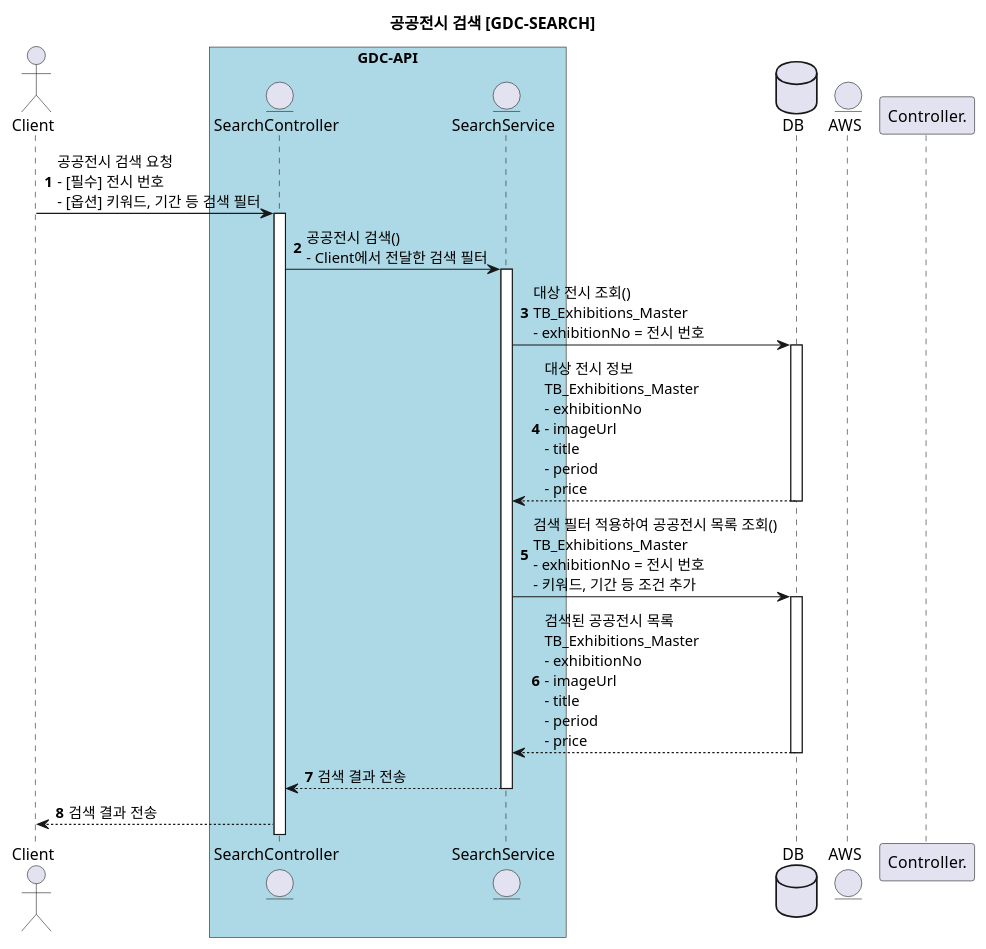
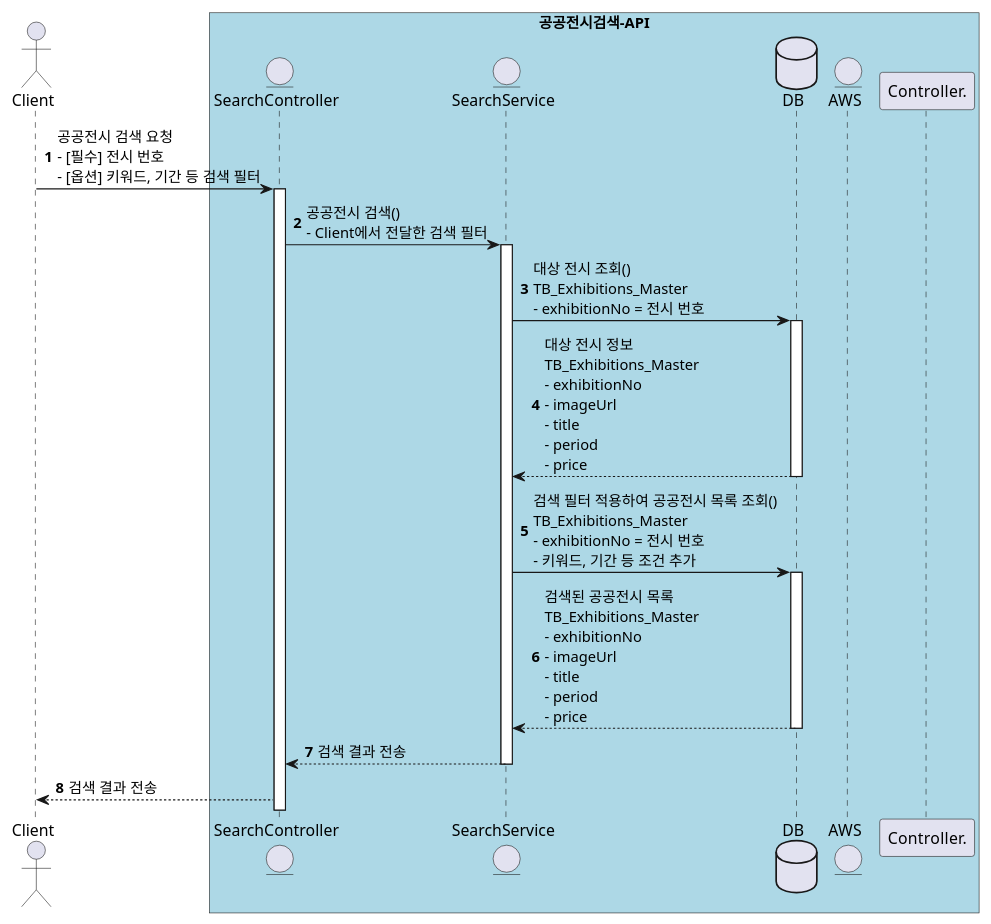
The diagram in src/main/java/com/kosa/emerjeonsiBack/search.puml (MoonMinah/emerjeonsi_back), drawn with PlantUML before and after one commit. The commit also changed 6 other files, not shown here.

```diff
--- a/src/main/java/com/kosa/emerjeonsiBack/search.puml
+++ b/src/main/java/com/kosa/emerjeonsiBack/search.puml
@@ -1,27 +1,28 @@
-@startuml 공공전시 검색 [GDC-SEARCH]
+@startuml 공공전시 검색
 autonumber
-title 공공전시 검색 [GDC-SEARCH]
+
 actor Client
-box "GDC-API" #LightBlue
+box "공공전시검색-API" #LightBlue
+
 entity "SearchController" as Controller
 entity "SearchService" as Service
-end box
+
 database DB
 entity AWS
 Client -> Controller: 공공전시 검색 요청\n- [필수] 전시 번호\n- [옵션] 키워드, 기간 등 검색 필터
 activate Controller
     Controller -> Service : 공공전시 검색()\n- Client에서 전달한 검색 필터
     activate Service
         Service -> DB : 대상 전시 조회()\nTB_Exhibitions_Master\n- exhibitionNo = 전시 번호
         activate DB
         Service <-- DB : 대상 전시 정보\nTB_Exhibitions_Master\n- exhibitionNo\n- imageUrl\n- title\n- period\n- price
         deactivate DB
         Service -> DB : 검색 필터 적용하여 공공전시 목록 조회()\nTB_Exhibitions_Master\n- exhibitionNo = 전시 번호\n- 키워드, 기간 등 조건 추가
         activate DB
         Service <-- DB : 검색된 공공전시 목록\nTB_Exhibitions_Master\n- exhibitionNo\n- imageUrl\n- title\n- period\n- price
         deactivate DB
     Controller <-- Service : 검색 결과 전송
     deactivate Service
 Client <-- Controller : 검색 결과 전송
 deactivate Controller.
 @enduml
```
